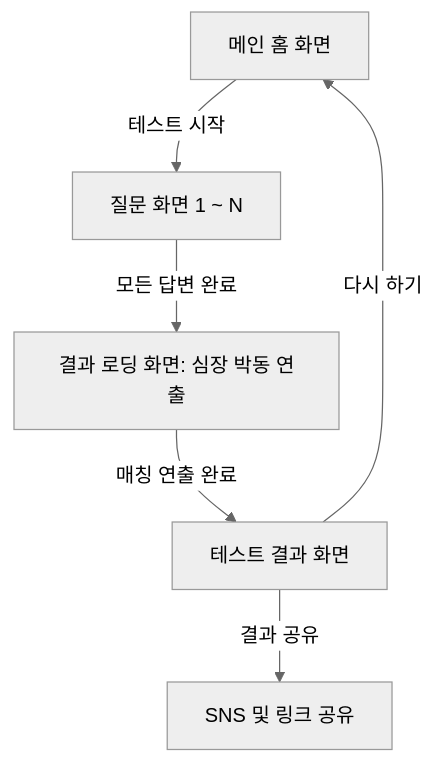
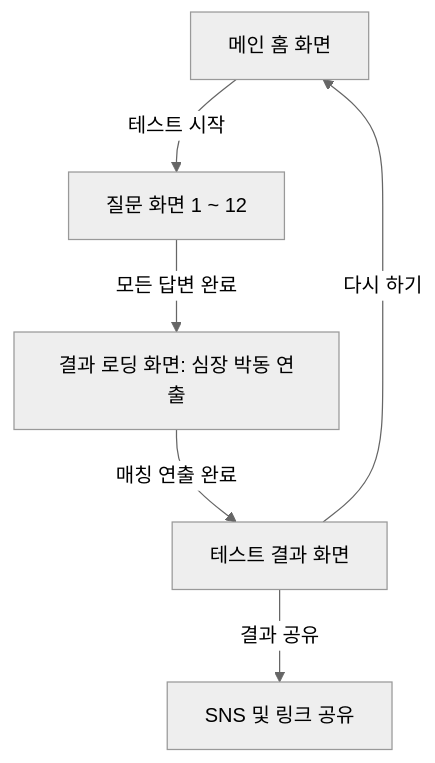
The diagram in docs/04_심장을바쳐라/04_심장을바쳐라.md (devyyj/joyopi), drawn with Mermaid (neutral theme) before and after one commit. The commit also changed other lines of this file and 22 other files, not shown here.

````diff
--- a/docs/04_심장을바쳐라/04_심장을바쳐라.md
+++ b/docs/04_심장을바쳐라/04_심장을바쳐라.md
@@ -21,8 +21,8 @@
 ```mermaid
 graph TD
-    A[메인 홈 화면] -->|테스트 시작| B[질문 화면 1 ~ N]
+    A[메인 홈 화면] -->|테스트 시작| B[질문 화면 1 ~ 12]
     B -->|모든 답변 완료| C[결과 로딩 화면: 심장 박동 연출]
     C -->|매칭 연출 완료| D[테스트 결과 화면]
     D -->|결과 공유| E[SNS 및 링크 공유]
     D -->|다시 하기| A
 ```
````
